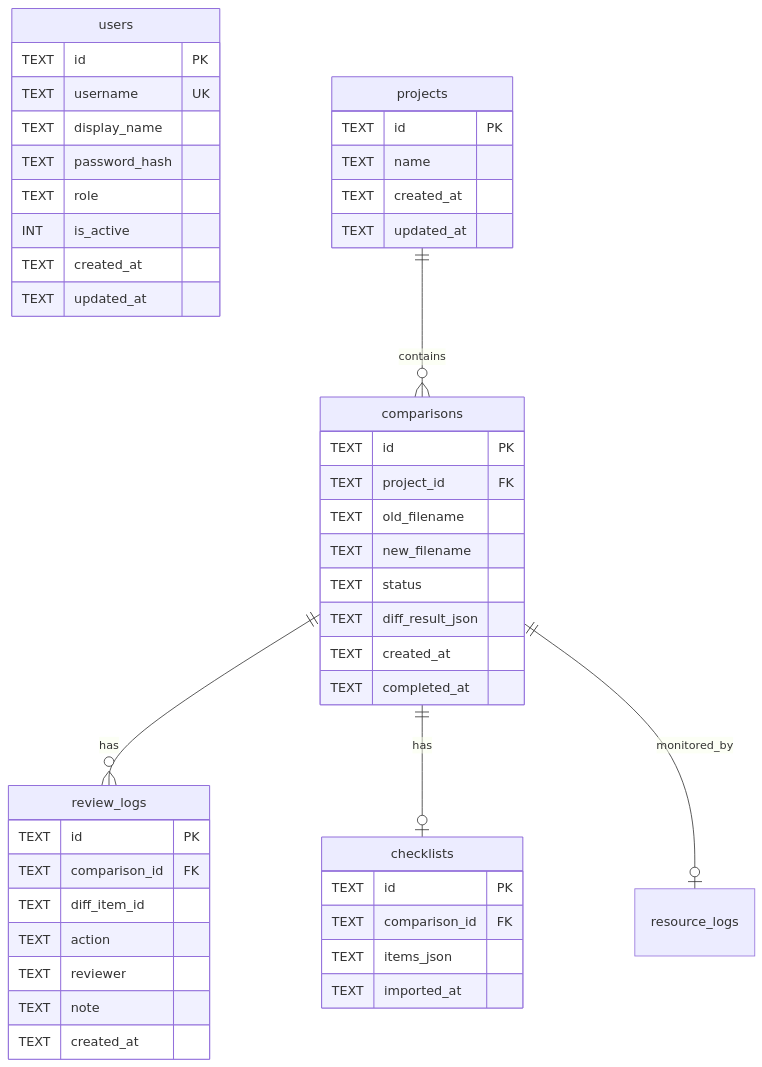
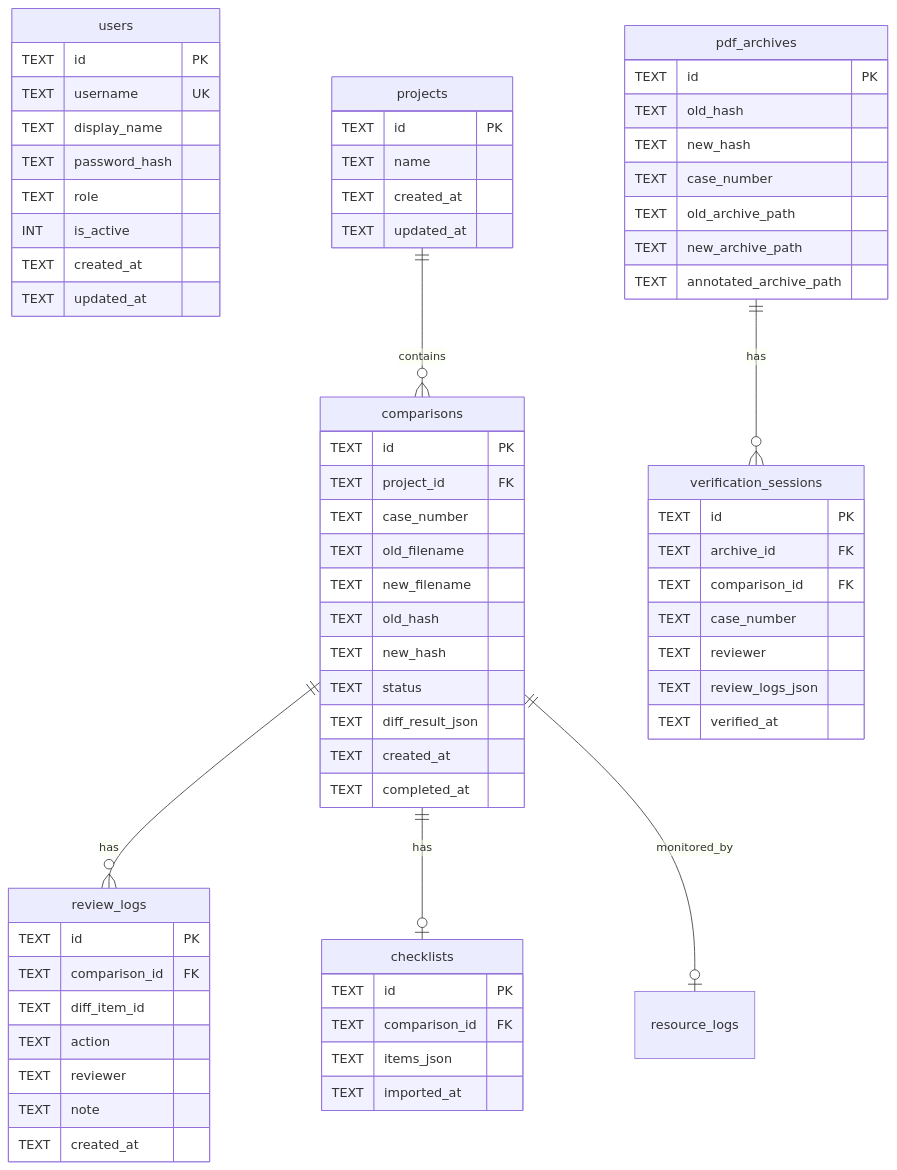
Before and after one commit to a9181873/PDF_check_minerU: the fourth of 4 diagrams in docs/technical-architecture.md, drawn with Mermaid. The commit also changed other lines of this file and 29 other files, not shown here.

Commit message:
feat: add case-number archives and review history

````diff
--- a/docs/technical-architecture.md
+++ b/docs/technical-architecture.md
@@ -423,48 +432,70 @@
 ```mermaid
 erDiagram
     users {
         TEXT id PK
         TEXT username UK
         TEXT display_name
         TEXT password_hash
         TEXT role
         INT is_active
         TEXT created_at
         TEXT updated_at
     }
     projects {
         TEXT id PK
         TEXT name
         TEXT created_at
         TEXT updated_at
     }
     comparisons {
         TEXT id PK
         TEXT project_id FK
+        TEXT case_number
         TEXT old_filename
         TEXT new_filename
+        TEXT old_hash
+        TEXT new_hash
         TEXT status
         TEXT diff_result_json
         TEXT created_at
         TEXT completed_at
     }
     review_logs {
         TEXT id PK
         TEXT comparison_id FK
         TEXT diff_item_id
         TEXT action
         TEXT reviewer
         TEXT note
         TEXT created_at
     }
     checklists {
         TEXT id PK
         TEXT comparison_id FK
         TEXT items_json
         TEXT imported_at
     }
+    pdf_archives {
+        TEXT id PK
+        TEXT old_hash
+        TEXT new_hash
+        TEXT case_number
+        TEXT old_archive_path
+        TEXT new_archive_path
+        TEXT annotated_archive_path
+    }
+    verification_sessions {
+        TEXT id PK
+        TEXT archive_id FK
+        TEXT comparison_id FK
+        TEXT case_number
+        TEXT reviewer
+        TEXT review_logs_json
+        TEXT verified_at
+    }
     projects ||--o{ comparisons : contains
     comparisons ||--o{ review_logs : has
     comparisons ||--o| checklists : has
     comparisons ||--o| resource_logs : monitored_by
+    pdf_archives ||--o{ verification_sessions : has
 ```
````
